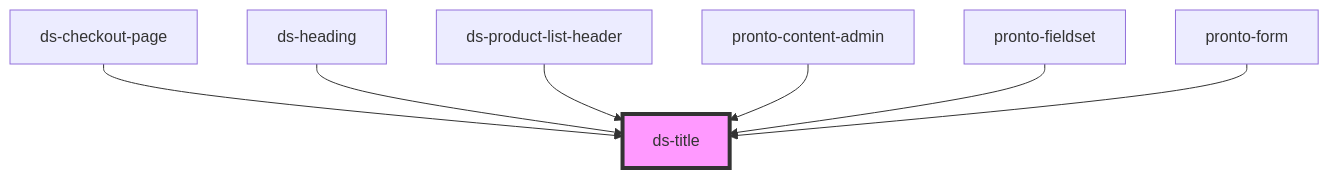
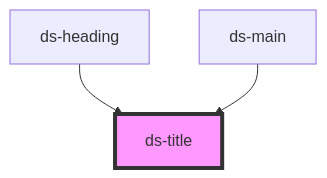
Before and after one commit to jezoock/dot-stash: the diagram in components/core/title/readme.md, drawn with Mermaid. The commit also changed other lines of this file and 33 other files, not shown here.

````diff
--- a/components/core/title/readme.md
+++ b/components/core/title/readme.md
@@ -35,10 +30,6 @@
 ```mermaid
 graph TD;
-  ds-checkout-page --> ds-title
   ds-heading --> ds-title
-  ds-product-list-header --> ds-title
-  pronto-content-admin --> ds-title
-  pronto-fieldset --> ds-title
-  pronto-form --> ds-title
+  ds-main --> ds-title
   style ds-title fill:#f9f,stroke:#333,stroke-width:4px
 ```
````
